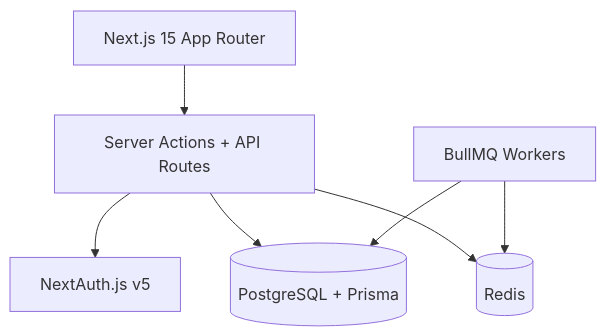
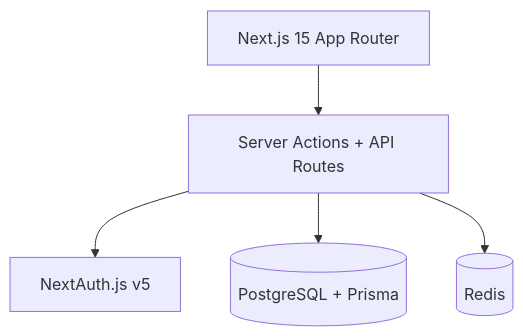
Before and after one commit to mahilohiya/UTILISE: the diagram in rams-platform/README.md, drawn with Mermaid. The commit also changed other lines of this file and 11 other files, not shown here.

````diff
--- a/rams-platform/README.md
+++ b/rams-platform/README.md
@@ -7,15 +7,12 @@
 ```mermaid
 flowchart TB
   Client[Next.js 15 App Router]
   API[Server Actions + API Routes]
   DB[(PostgreSQL + Prisma)]
   Redis[(Redis)]
-  Queue[BullMQ Workers]
   Auth[NextAuth.js v5]
   Client --> API
   API --> Auth
   API --> DB
   API --> Redis
-  Queue --> Redis
-  Queue --> DB
 ```
````
